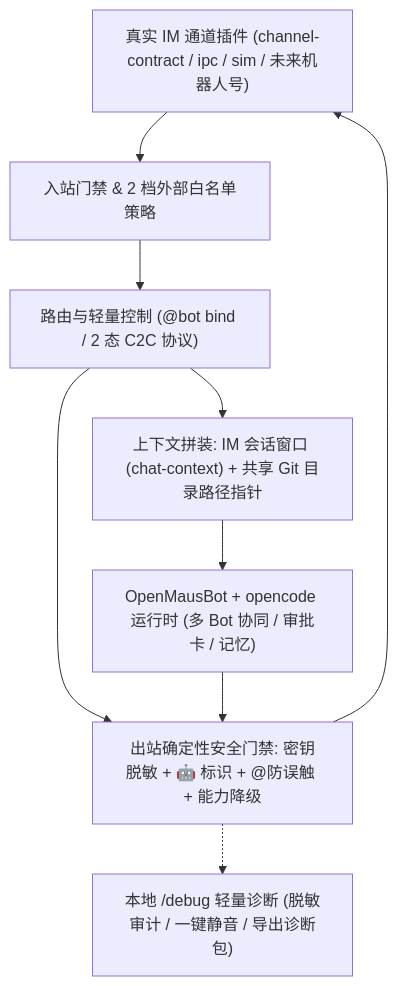
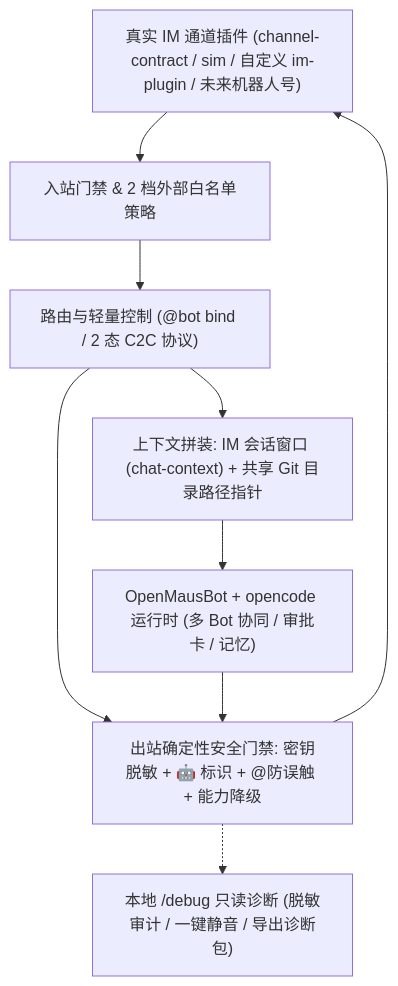
The diagram in docs/ROADMAP.md (penclipai/co-bot), drawn with Mermaid before and after one commit. The commit also changed other lines of this file and 3 other files, not shown here.

Commit message:
docs: reorganize README, usage guide, troubleshooting, and roadmap

````diff
--- a/docs/ROADMAP.md
+++ b/docs/ROADMAP.md
@@ -32,10 +30,10 @@
 ```mermaid
 flowchart TB
-  IM["真实 IM 通道插件 (channel-contract / ipc / sim / 未来机器人号)"] --> Inbound["入站门禁 & 2 档外部白名单策略"]
+  IM["真实 IM 通道插件 (channel-contract / sim / 自定义 im-plugin / 未来机器人号)"] --> Inbound["入站门禁 & 2 档外部白名单策略"]
   Inbound --> Router["路由与轻量控制 (@bot bind / 2 态 C2C 协议)"]
   Router --> Context["上下文拼装: IM 会话窗口 (chat-context) + 共享 Git 目录路径指针"]
   Router --> Guard["出站确定性安全门禁: 密钥脱敏 + 🤖 标识 + @防误触 + 能力降级"]
   Context --> OMB["OpenMausBot + opencode 运行时 (多 Bot 协同 / 审批卡 / 记忆)"]
   OMB --> Guard --> IM
-  Guard -.-> Debug["本地 /debug 轻量诊断 (脱敏审计 / 一键静音 / 导出诊断包)"]
+  Guard -.-> Debug["本地 /debug 只读诊断 (脱敏审计 / 一键静音 / 导出诊断包)"]
 ```
````
